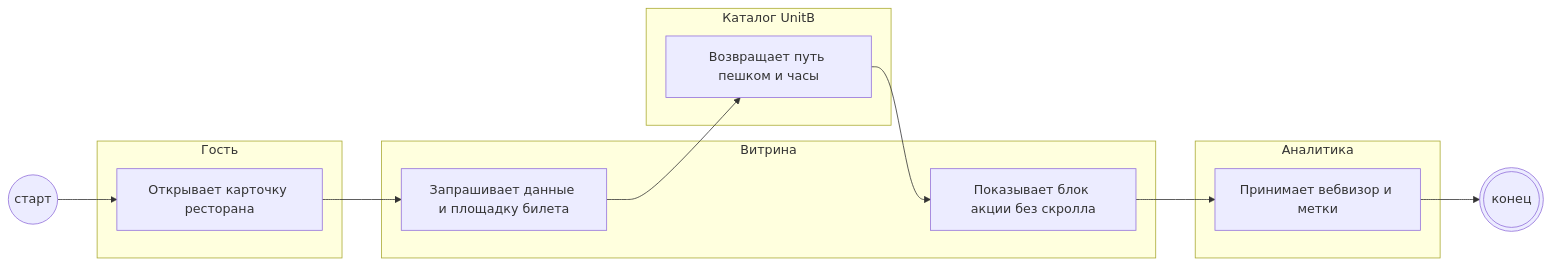
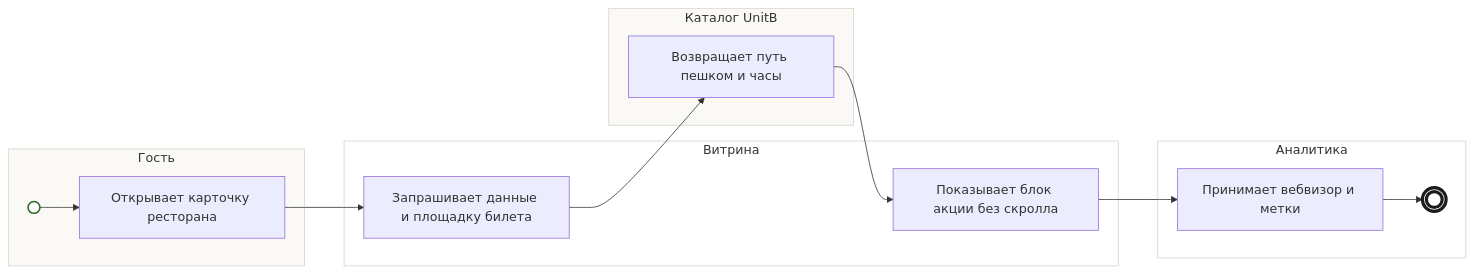
One commit to po-helper-org/poh-blueprint-writer changed the diagram in skills/bft-blueprint/examples/dineclub-restart-blueprint/backlog/tasks/bp-10.1 - Карточка-ресторана-блок-акции-путь-пешком-часы-работы.md. Above: the diagram before and after it, drawn with Mermaid. The commit also changed 79 other files, not shown here.

First line of the commit message:
Карточка «Как это работает»: компактная заметка, схема mermaid, «Уточнить», источники

````diff
--- a/skills/bft-blueprint/examples/dineclub-restart-blueprint/backlog/tasks/bp-10.1 - Карточка-ресторана-блок-акции-путь-пешком-часы-работы.md
+++ b/skills/bft-blueprint/examples/dineclub-restart-blueprint/backlog/tasks/bp-10.1 - Карточка-ресторана-блок-акции-путь-пешком-часы-работы.md
@@ -44,24 +44,34 @@
 ```mermaid
 flowchart LR
-  S(("старт"))
   subgraph L1["Гость"]
+    S((" "))
     N1["Открывает карточку ресторана"]
   end
   subgraph L2["Витрина"]
     N2["Запрашивает данные и площадку билета"]
     N4["Показывает блок акции без скролла"]
   end
   subgraph L3["Каталог UnitB"]
     N3["Возвращает путь пешком и часы"]
   end
   subgraph L4["Аналитика"]
     N5["Принимает вебвизор и метки"]
+    E(((" ")))
   end
-  E((("конец")))
   S --> N1
   N1 --> N2
   N2 --> N3
   N3 --> N4
   N4 --> N5
   N5 --> E
+  classDef start fill:#fff,stroke:#2f6b2a,stroke-width:2px
+  classDef stop fill:#fff,stroke:#1c1c1c,stroke-width:4px
+  classDef gw fill:#fff8e6,stroke:#b7791f
+  classDef ask color:#c0392b,stroke:#c0392b
+  class S start
+  class E stop
+  style L1 fill:#faf9f6,stroke:#d8d4cb
+  style L2 fill:#ffffff,stroke:#d8d4cb
+  style L3 fill:#faf9f6,stroke:#d8d4cb
+  style L4 fill:#ffffff,stroke:#d8d4cb
 ```
````
